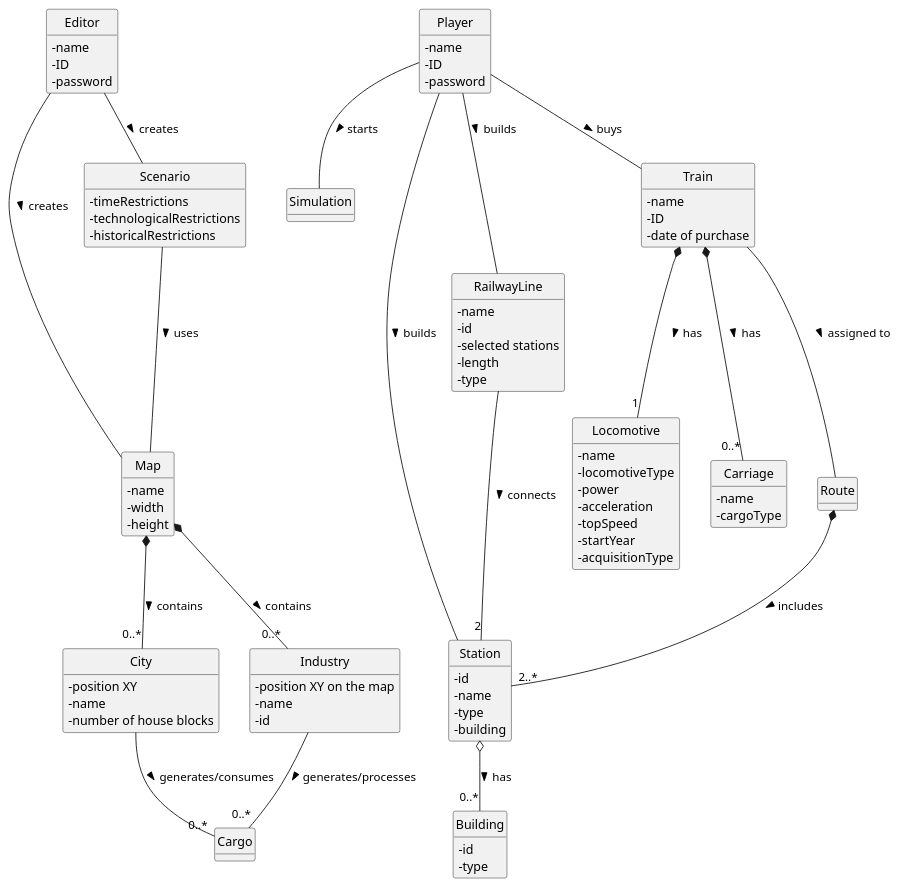
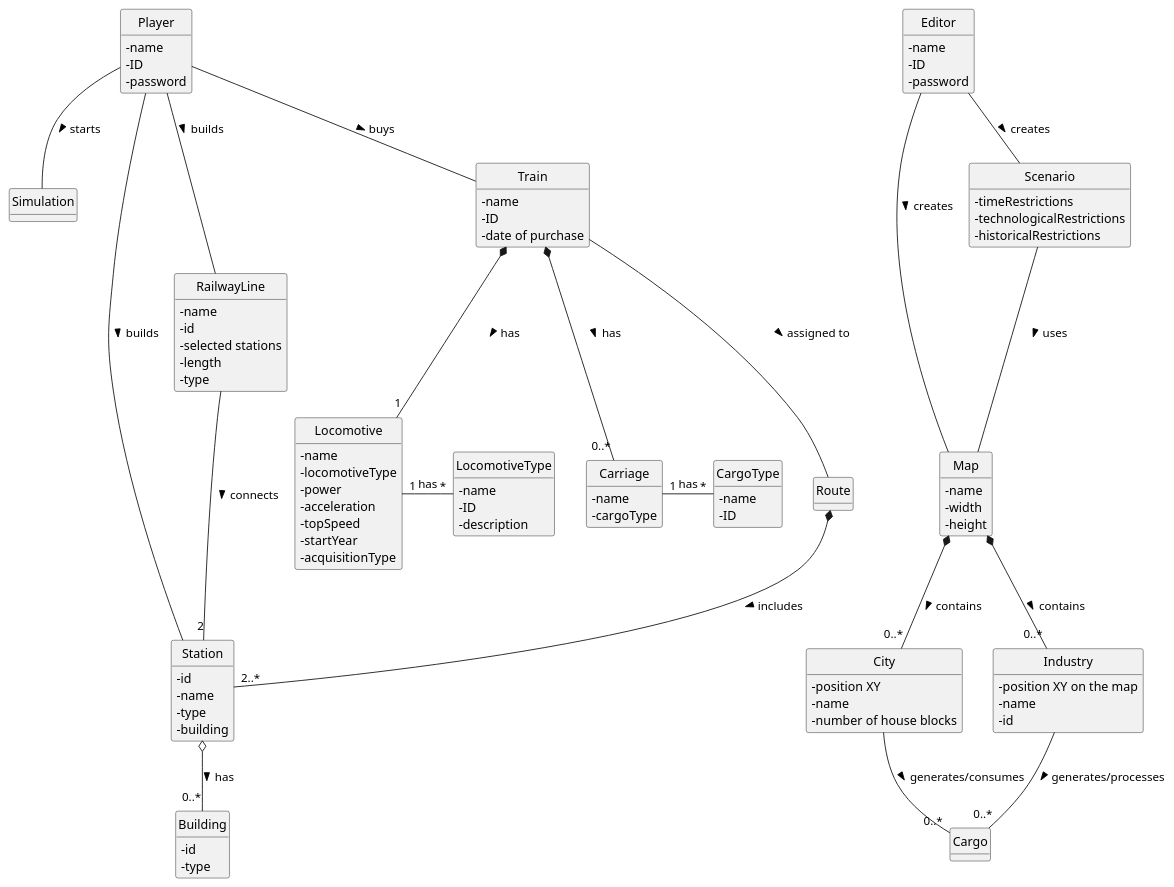
One commit to ivasduarte/all-aboard changed the diagram in docs/sprint1/global-artifacts/02.analysis/puml/project-domain-model.puml. Above: the diagram before and after it, drawn with PlantUML. The commit also changed 5 other files, not shown here.

```diff
--- a/docs/sprint1/global-artifacts/02.analysis/puml/project-domain-model.puml
+++ b/docs/sprint1/global-artifacts/02.analysis/puml/project-domain-model.puml
@@ -1,124 +1,136 @@
 @startuml "domain-model"
 
 skinparam classAttributeIconSize 0
 skinparam monochrome true
 skinparam packageStyle rectangle
 skinparam shadowing false
 
 hide circle
 hide methods
 
 class Editor{
 - name
     - ID
     - password
 }
 
 class Player{
 - name
     - ID
     - password
 }
 
 class Simulation{
 }
 
 class Map{
 - name
 - width
 - height
 }
 
 class City{
 - position XY
     - name
     - number of house blocks
 }
 
 class Industry{
  - position XY on the map
     - name
     - id
 }
 
 class Scenario{
    - timeRestrictions
   - technologicalRestrictions
   - historicalRestrictions
 }
 
 class Station{
     - id
         - name
         - type
         - building
 }
 
 class Building{
     - id
     - type
 }
 
 class Cargo{
 }
 
 class RailwayLine{
 - name
     - id
     - selected stations
     - length
     - type
 }
 
 
 class Train{
 - name
     - ID
     - date of purchase
 }
 
 class Locomotive{
 - name
     - locomotiveType
     - power
     - acceleration
     - topSpeed
     - startYear
     - acquisitionType
 }
 
+class LocomotiveType{
+    - name
+    - ID
+    - description
+}
+
 class Carriage{
 - name
     - cargoType
+}
+class CargoType{
+    - name
+    - ID
 }
 
 
 Editor -- Map : creates >
 Editor -- Scenario : creates >
 Map *-- "0..*" City : contains >
 Map *-- "0..*" Industry : contains >
 Scenario -- Map : uses >
 
 Station o-- "0..*" Building : has >
 
 
 RailwayLine -- "2" Station : connects >
 
 Player -- Station : builds >
 Player -- RailwayLine : builds >
 Player -- Train : buys >
 
 Player -- Simulation: starts >
 
 Train *-- "1" Locomotive : has >
+Locomotive "1" - "*" LocomotiveType : has
+Carriage "1" - "*" CargoType : has
 Train *-- "0..*" Carriage : has >
 Train -- Route : assigned to >
 'should this be included? the route?
 Route *-- "2..*" Station : includes >
 
 City -- "0..*" Cargo : generates/consumes >
 Industry -- "0..*" Cargo : generates/processes >
 
 
 
 @enduml
```
